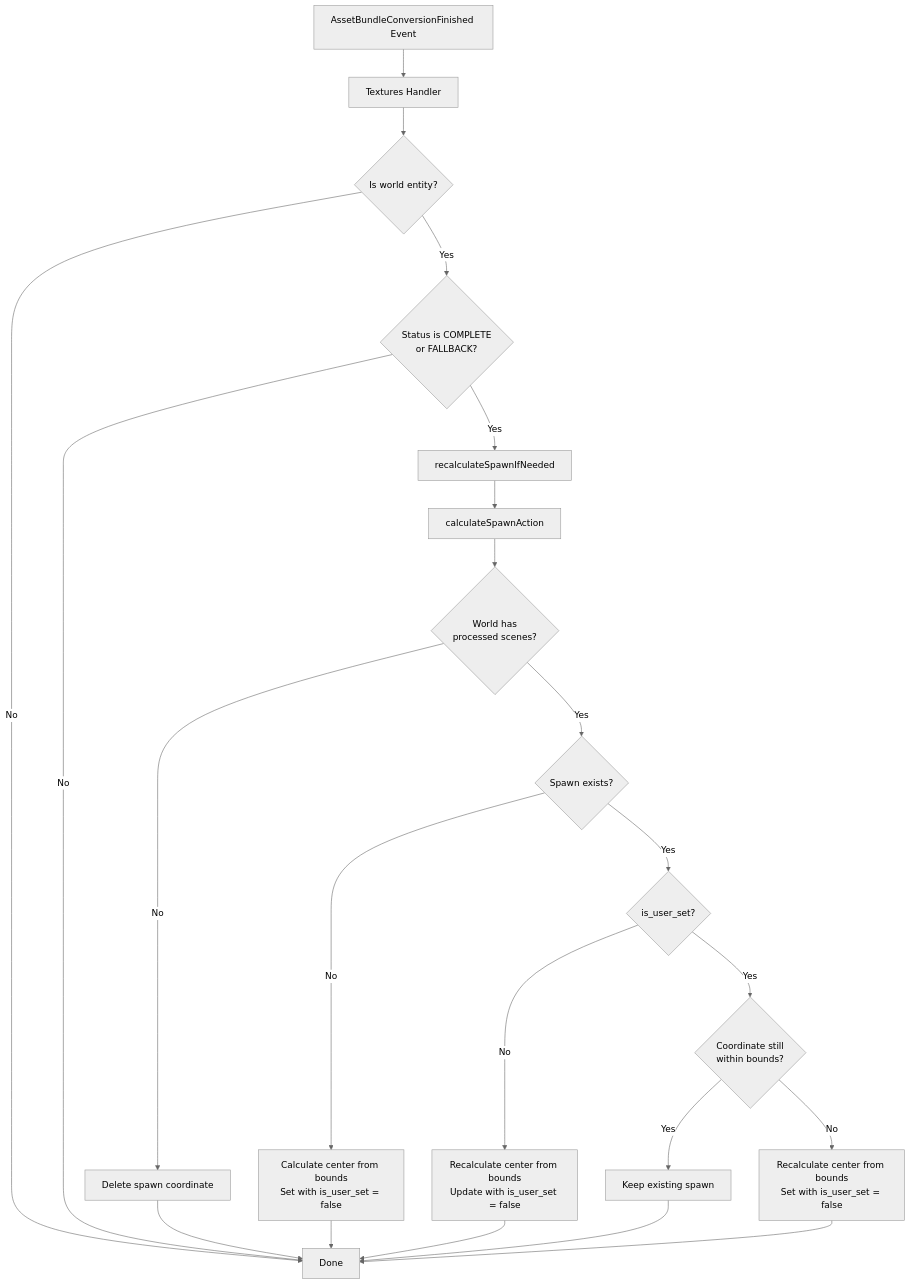
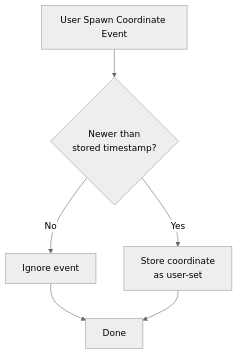
The second of 3 diagrams in PR_DESCRIPTION.md (decentraland/asset-bundle-registry), drawn with Mermaid (neutral theme) before and after one commit. The commit also changed other lines of this file and 27 other files, not shown here.

Commit message:
feat: Add spawn coordinates timestamp race condition prevention

````diff
--- a/PR_DESCRIPTION.md
+++ b/PR_DESCRIPTION.md
@@ -178,24 +177,8 @@
 ```mermaid
 flowchart TD
-    A[AssetBundleConversionFinished Event] --> B[Textures Handler]
-    B --> C{Is world entity?}
-    C -->|No| D[Done]
-    C -->|Yes| E{Status is COMPLETE<br/>or FALLBACK?}
-    E -->|No| D
-    E -->|Yes| F[recalculateSpawnIfNeeded]
-    F --> G[calculateSpawnAction]
-    G --> H{World has<br/>processed scenes?}
-    H -->|No| I[Delete spawn coordinate]
-    H -->|Yes| J{Spawn exists?}
-    J -->|No| K[Calculate center from bounds<br/>Set with is_user_set = false]
-    J -->|Yes| L{is_user_set?}
-    L -->|No| M[Recalculate center from bounds<br/>Update with is_user_set = false]
-    L -->|Yes| N{Coordinate still<br/>within bounds?}
-    N -->|Yes| O[Keep existing spawn]
-    N -->|No| P[Recalculate center from bounds<br/>Set with is_user_set = false]
-    I --> D
-    K --> D
-    M --> D
-    O --> D
-    P --> D
+    A[User Spawn Coordinate Event] --> B{Newer than<br/>stored timestamp?}
+    B -->|No| C[Ignore event]
+    B -->|Yes| D[Store coordinate<br/>as user-set]
+    C --> E[Done]
+    D --> E
 ```
````
